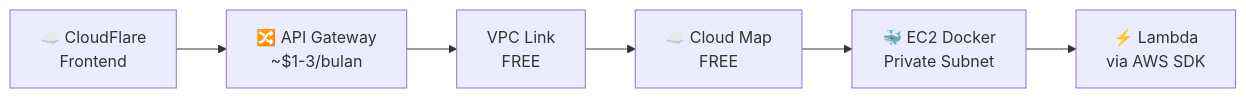
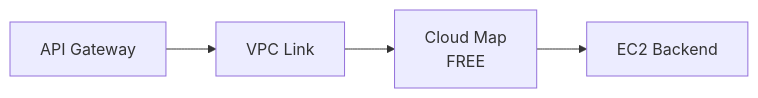
One commit to aan-andiyanaS/finlapor changed the second of 5 diagrams in docs/deployment/06b-api-gateway-setup.md. Above: the diagram before and after it, drawn with Mermaid. The commit also changed other lines of this file, not shown here.

Commit message:
Restructure API Gateway docs with clear options

````diff
--- a/docs/deployment/06b-api-gateway-setup.md
+++ b/docs/deployment/06b-api-gateway-setup.md
@@ -64,8 +83,6 @@
 ```mermaid
 flowchart LR
-    CF["☁️ CloudFlare<br/>Frontend"] --> APIGW["🔀 API Gateway<br/>~$1-3/bulan"]
-    APIGW --> VPCLink["VPC Link<br/>FREE"]
-    VPCLink --> CloudMap["☁️ Cloud Map<br/>FREE"]
-    CloudMap --> EC2["🐳 EC2 Docker<br/>Private Subnet"]
-    EC2 --> Lambda["⚡ Lambda<br/>via AWS SDK"]
+    APIGW["API Gateway"] --> VPCLink["VPC Link"]
+    VPCLink --> CloudMap["Cloud Map<br/>FREE"]
+    CloudMap --> EC2["EC2 Backend"]
 ```
````
